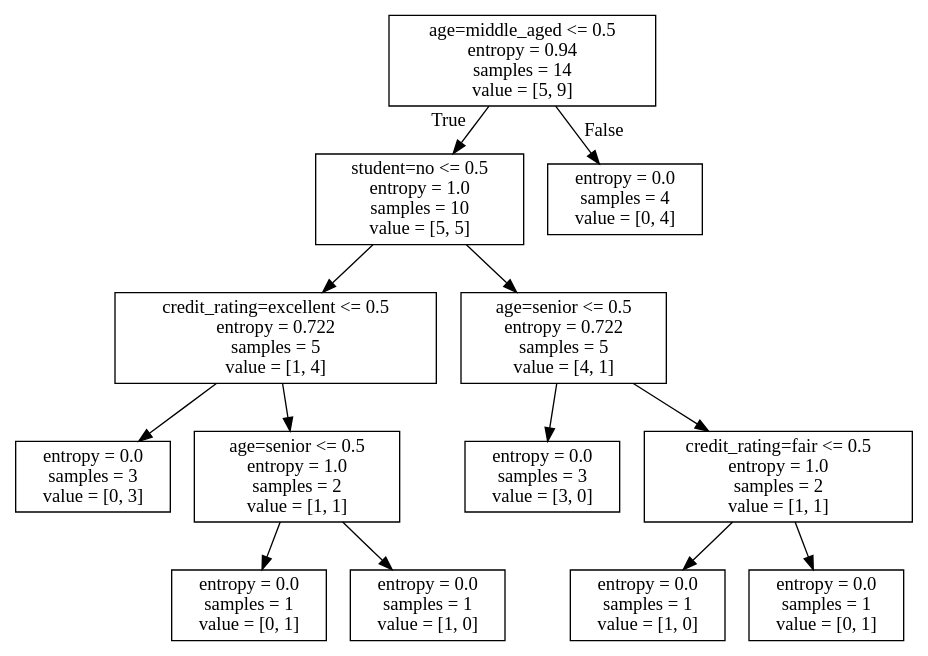
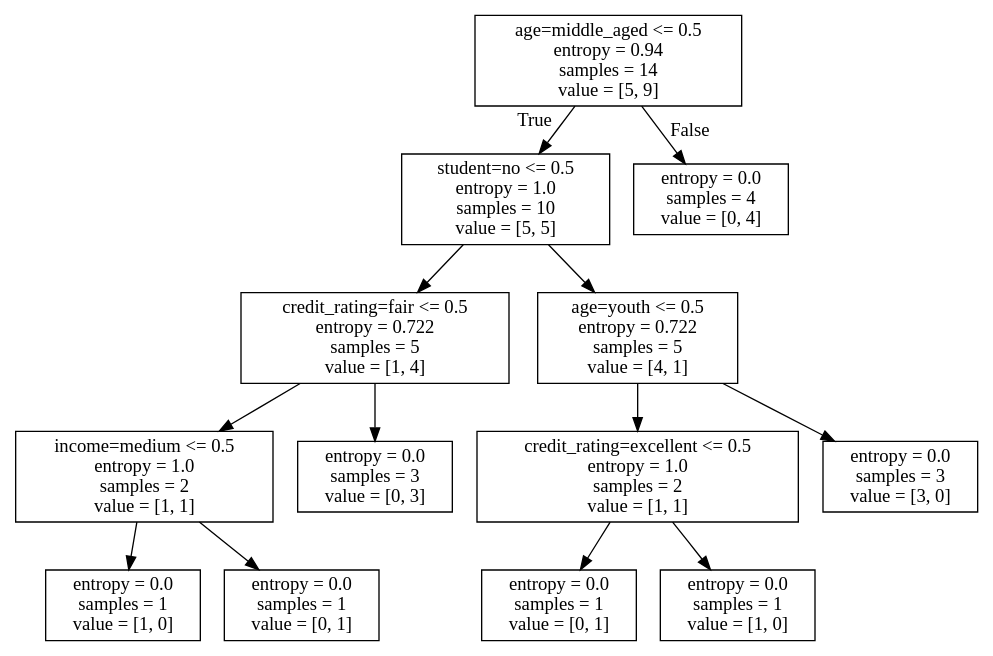
The diagram in decision_tree/allElectronicInformationGainOri.dot (lgdlkq/machine_learning), drawn with Graphviz before and after one commit. The commit also changed 2 other files, not shown here.

```diff
--- a/decision_tree/allElectronicInformationGainOri.dot
+++ b/decision_tree/allElectronicInformationGainOri.dot
@@ -1,28 +1,28 @@
 digraph Tree {
 node [shape=box] ;
 0 [label="age=middle_aged <= 0.5\nentropy = 0.94\nsamples = 14\nvalue = [5, 9]"] ;
 1 [label="student=no <= 0.5\nentropy = 1.0\nsamples = 10\nvalue = [5, 5]"] ;
 0 -> 1 [labeldistance=2.5, labelangle=45, headlabel="True"] ;
-2 [label="credit_rating=excellent <= 0.5\nentropy = 0.722\nsamples = 5\nvalue = [1, 4]"] ;
+2 [label="credit_rating=fair <= 0.5\nentropy = 0.722\nsamples = 5\nvalue = [1, 4]"] ;
 1 -> 2 ;
-3 [label="entropy = 0.0\nsamples = 3\nvalue = [0, 3]"] ;
+3 [label="income=medium <= 0.5\nentropy = 1.0\nsamples = 2\nvalue = [1, 1]"] ;
 2 -> 3 ;
-4 [label="age=senior <= 0.5\nentropy = 1.0\nsamples = 2\nvalue = [1, 1]"] ;
-2 -> 4 ;
+4 [label="entropy = 0.0\nsamples = 1\nvalue = [1, 0]"] ;
+3 -> 4 ;
 5 [label="entropy = 0.0\nsamples = 1\nvalue = [0, 1]"] ;
-4 -> 5 ;
-6 [label="entropy = 0.0\nsamples = 1\nvalue = [1, 0]"] ;
-4 -> 6 ;
-7 [label="age=senior <= 0.5\nentropy = 0.722\nsamples = 5\nvalue = [4, 1]"] ;
+3 -> 5 ;
+6 [label="entropy = 0.0\nsamples = 3\nvalue = [0, 3]"] ;
+2 -> 6 ;
+7 [label="age=youth <= 0.5\nentropy = 0.722\nsamples = 5\nvalue = [4, 1]"] ;
 1 -> 7 ;
-8 [label="entropy = 0.0\nsamples = 3\nvalue = [3, 0]"] ;
+8 [label="credit_rating=excellent <= 0.5\nentropy = 1.0\nsamples = 2\nvalue = [1, 1]"] ;
 7 -> 8 ;
-9 [label="credit_rating=fair <= 0.5\nentropy = 1.0\nsamples = 2\nvalue = [1, 1]"] ;
-7 -> 9 ;
+9 [label="entropy = 0.0\nsamples = 1\nvalue = [0, 1]"] ;
+8 -> 9 ;
 10 [label="entropy = 0.0\nsamples = 1\nvalue = [1, 0]"] ;
-9 -> 10 ;
-11 [label="entropy = 0.0\nsamples = 1\nvalue = [0, 1]"] ;
-9 -> 11 ;
+8 -> 10 ;
+11 [label="entropy = 0.0\nsamples = 3\nvalue = [3, 0]"] ;
+7 -> 11 ;
 12 [label="entropy = 0.0\nsamples = 4\nvalue = [0, 4]"] ;
 0 -> 12 [labeldistance=2.5, labelangle=-45, headlabel="False"] ;
 }
```
